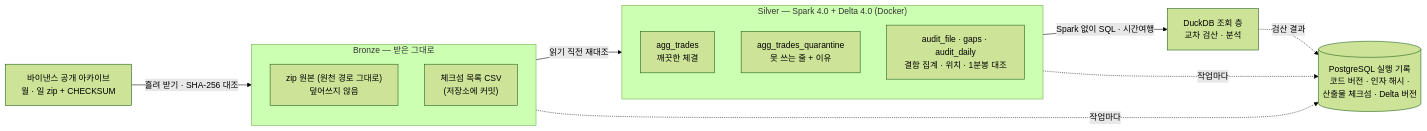
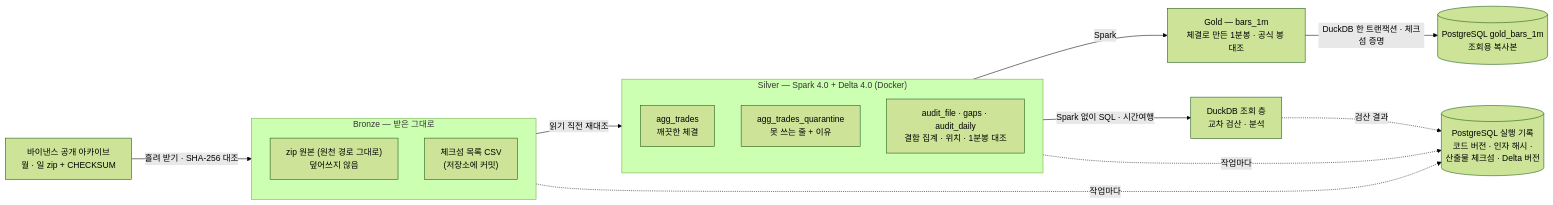
The diagram in README.md (seoloo/Market_Data_Platform), drawn with Mermaid (forest theme) before and after one commit. The commit also changed other lines of this file and 13 other files, not shown here.

First line of the commit message:
Gold 1분봉 만들고 PostgreSQL로 복사, 체크섬으로 일치 확인

````diff
--- a/README.md
+++ b/README.md
@@ -23,18 +24,20 @@
 ```mermaid
 flowchart LR
     SRC["바이낸스 공개 아카이브<br/>월 · 일 zip + CHECKSUM"] -->|흘려 받기 · SHA-256 대조| BRZ
     subgraph BRZ["Bronze — 받은 그대로"]
         B1["zip 원본 (원천 경로 그대로)<br/>덮어쓰지 않음"]
         B2["체크섬 목록 CSV<br/>(저장소에 커밋)"]
     end
     BRZ -->|읽기 직전 재대조| SLV
     subgraph SLV["Silver — Spark 4.0 + Delta 4.0 (Docker)"]
         S1["agg_trades<br/>깨끗한 체결"]
         S2["agg_trades_quarantine<br/>못 쓰는 줄 + 이유"]
         S3["audit_file · gaps · audit_daily<br/>결함 집계 · 위치 · 1분봉 대조"]
     end
+    SLV -->|Spark| GLD["Gold — bars_1m<br/>체결로 만든 1분봉 · 공식 봉 대조"]
+    GLD -->|DuckDB 한 트랜잭션 · 체크섬 증명| PGB[("PostgreSQL gold_bars_1m<br/>조회용 복사본")]
     SLV -->|Spark 없이 SQL · 시간여행| DUCK["DuckDB 조회 층<br/>교차 검산 · 분석"]
     BRZ -. 작업마다 .-> LOG[("PostgreSQL 실행 기록<br/>코드 버전 · 인자 해시 ·<br/>산출물 체크섬 · Delta 버전")]
     SLV -. 작업마다 .-> LOG
     DUCK -. 검산 결과 .-> LOG
 ```
````
